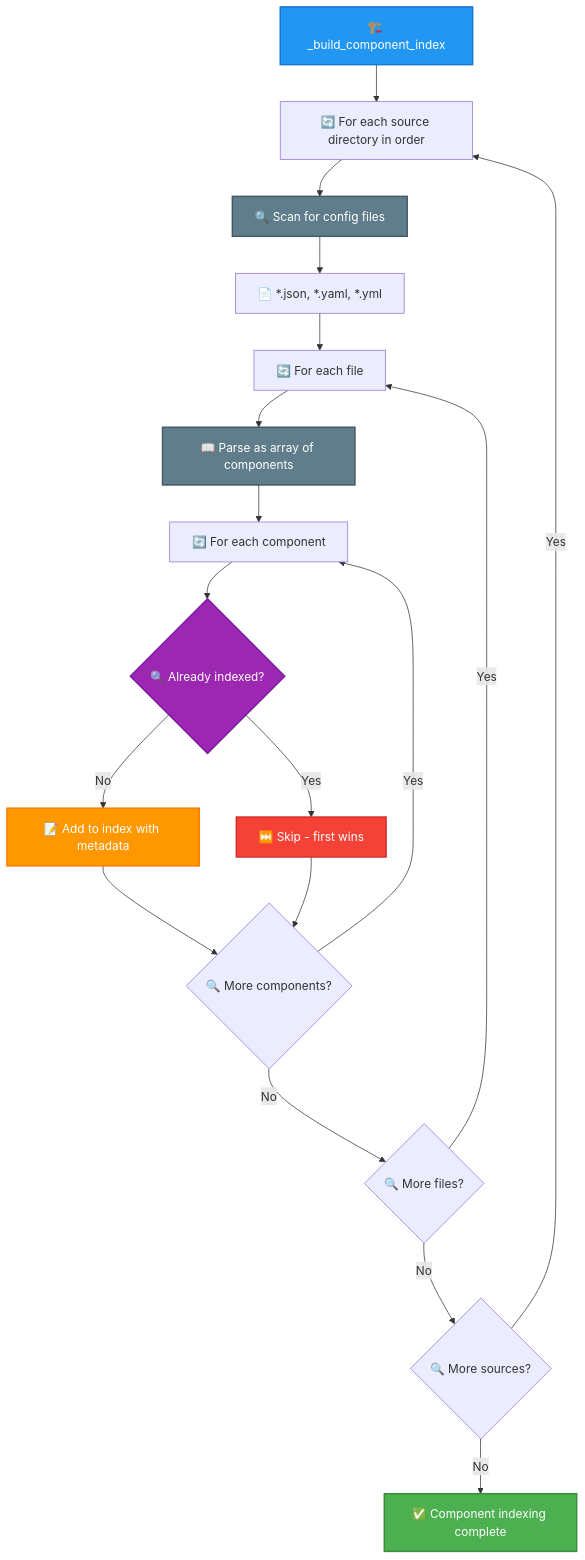
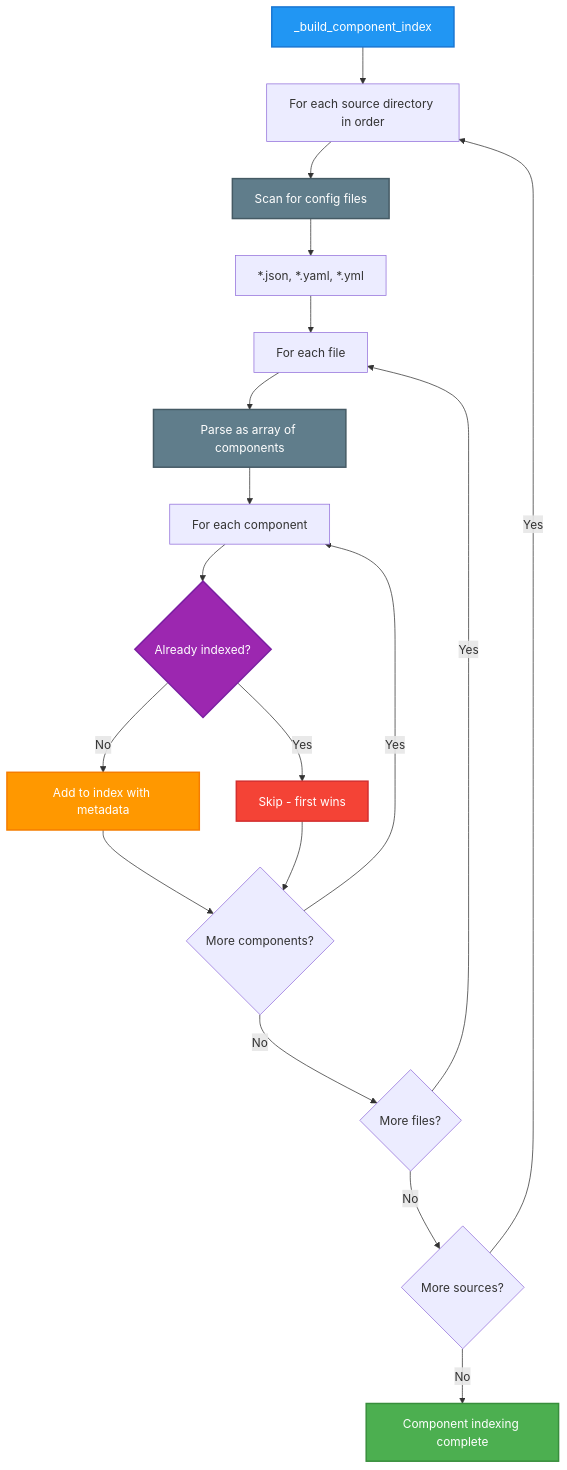
One commit to Aurite-ai/aurite-agents changed the third of 3 diagrams in docs/architecture/flow/config_index_building_flow.md. Above: the diagram before and after it, drawn with Mermaid. The commit also changed other lines of this file and 4 other files, not shown here.

Commit message:
config documentation complete!

````diff
--- a/docs/architecture/flow/config_index_building_flow.md
+++ b/docs/architecture/flow/config_index_building_flow.md
@@ -250,28 +246,28 @@
 ```mermaid
 flowchart TD
-    A[🏗️ _build_component_index] --> B[🔄 For each source directory in order]
-    B --> C[🔍 Scan for config files]
-    C --> D[📄 *.json, *.yaml, *.yml]
-    D --> E[🔄 For each file]
-    E --> F[📖 Parse as array of components]
-    F --> G[🔄 For each component]
-    G --> H{🔍 Already indexed?}
-    H -->|Yes| I[⏭️ Skip - first wins]
-    H -->|No| J[📝 Add to index with metadata]
-    J --> K{🔍 More components?}
+    A[_build_component_index] --> B[For each source directory in order]
+    B --> C[Scan for config files]
+    C --> D[*.json, *.yaml, *.yml]
+    D --> E[For each file]
+    E --> F[Parse as array of components]
+    F --> G[For each component]
+    G --> H{Already indexed?}
+    H -->|Yes| I[Skip - first wins]
+    H -->|No| J[Add to index with metadata]
+    J --> K{More components?}
     I --> K
     K -->|Yes| G
-    K -->|No| L{🔍 More files?}
+    K -->|No| L{More files?}
     L -->|Yes| E
-    L -->|No| M{🔍 More sources?}
+    L -->|No| M{More sources?}
     M -->|Yes| B
-    M -->|No| N[✅ Component indexing complete]
+    M -->|No| N[Component indexing complete]
 
     style A fill:#2196F3,stroke:#1976D2,stroke-width:2px,color:#fff
     style N fill:#4CAF50,stroke:#388E3C,stroke-width:2px,color:#fff
     style H fill:#9C27B0,stroke:#7B1FA2,stroke-width:2px,color:#fff
     style J fill:#FF9800,stroke:#F57C00,stroke-width:2px,color:#fff
     style I fill:#F44336,stroke:#D32F2F,stroke-width:2px,color:#fff
     style C fill:#607D8B,stroke:#455A64,stroke-width:2px,color:#fff
     style F fill:#607D8B,stroke:#455A64,stroke-width:2px,color:#fff
 ```
````
